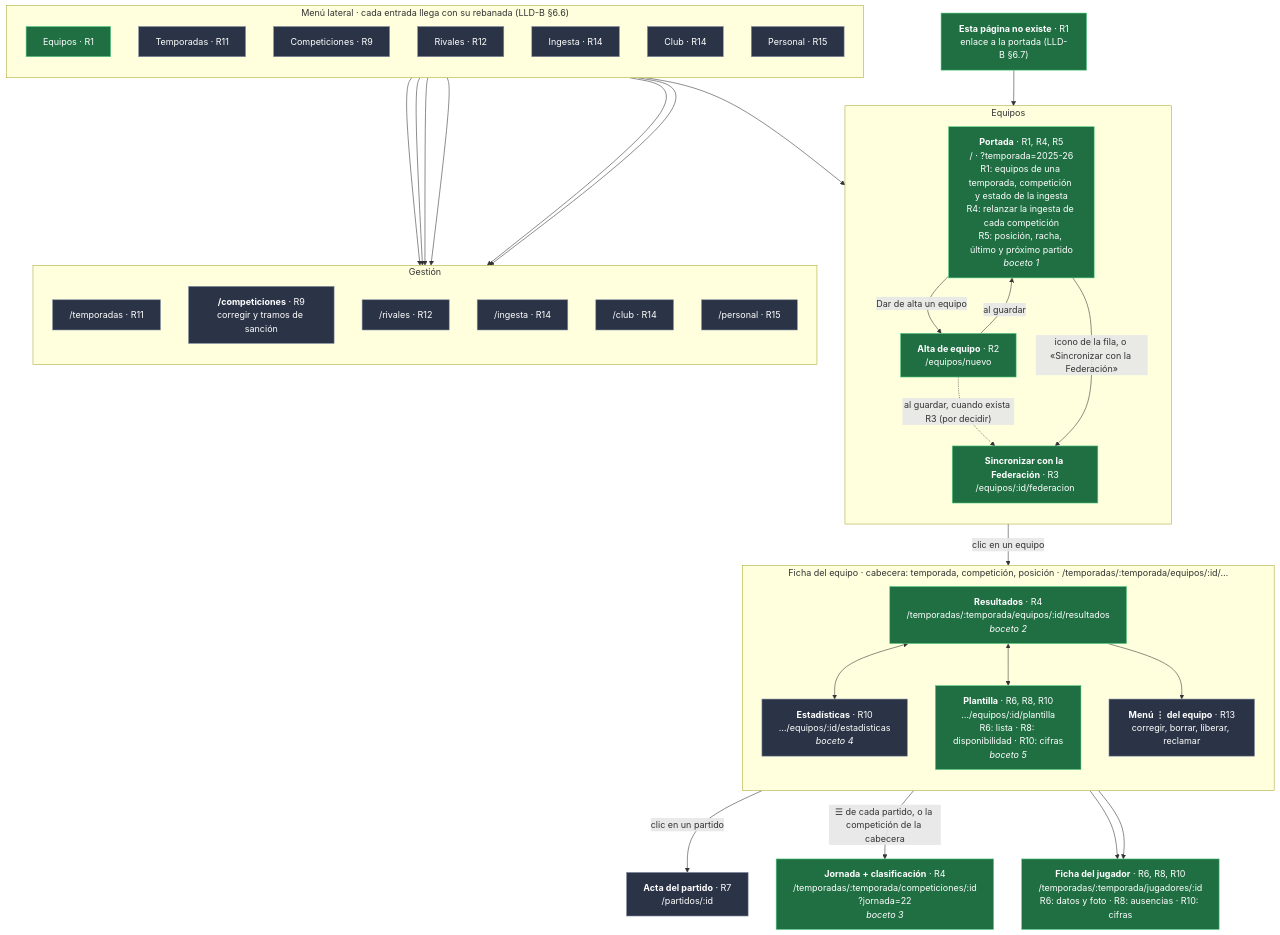
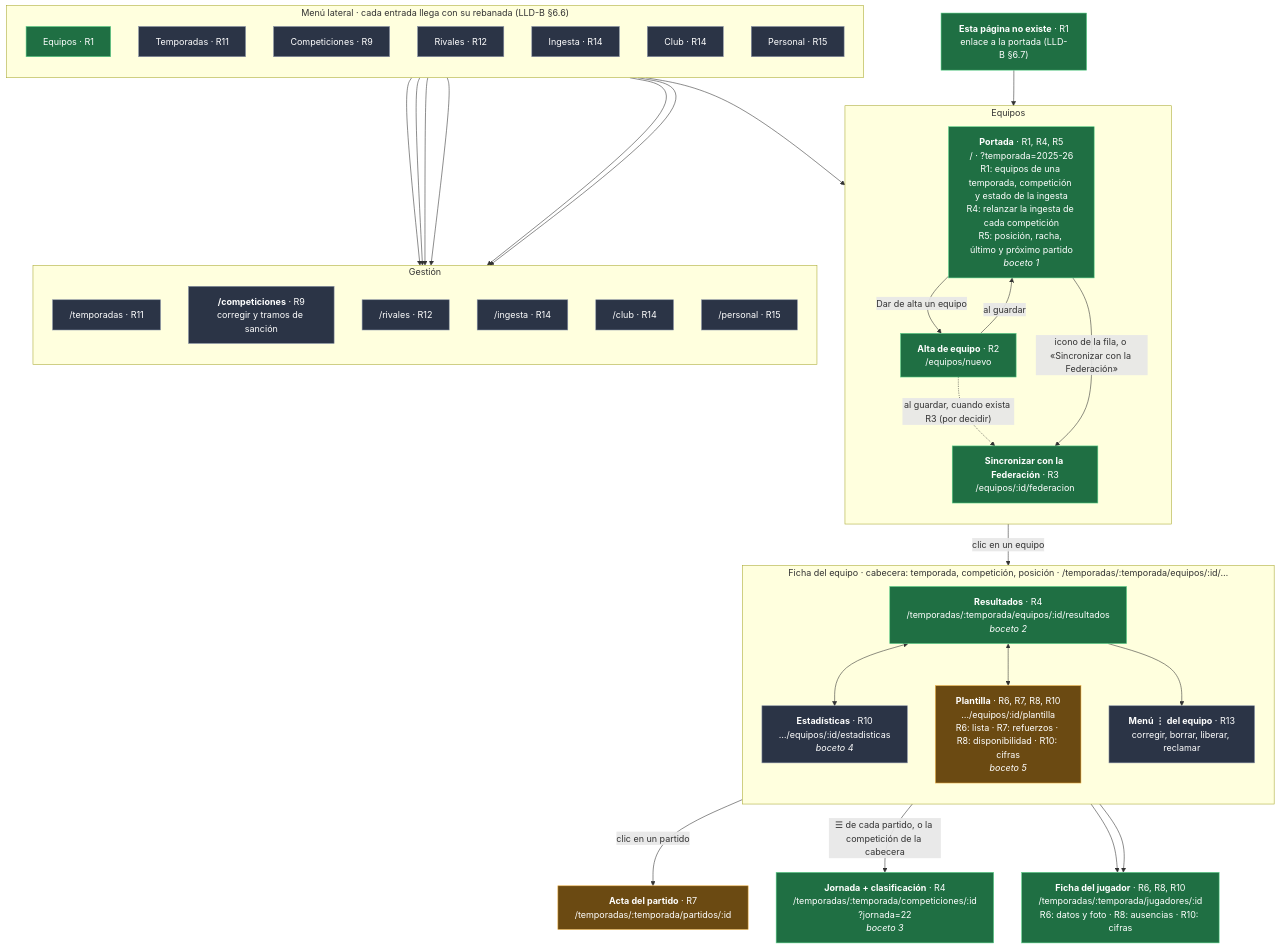
The diagram in docs/Plan de desarrollo backoffice-001.md (tongilcoto/mbs-TFM), drawn with Mermaid before and after one commit. The commit also changed other lines of this file and 4 other files, not shown here.

First line of the commit message:
R7.1–R7.2: las decisiones del acta del partido

````diff
--- a/docs/Plan de desarrollo backoffice-001.md
+++ b/docs/Plan de desarrollo backoffice-001.md
@@ -132,73 +132,74 @@
 ```mermaid
 flowchart TB
     subgraph MENU["Menú lateral · cada entrada llega con su rebanada (LLD-B §6.6)"]
         direction TB
         mEq["Equipos · R1"]
         mTem["Temporadas · R11"]
         mCom["Competiciones · R9"]
         mRiv["Rivales · R12"]
         mIng["Ingesta · R14"]
         mClub["Club · R14"]
         mPer["Personal · R15"]
     end
 
     subgraph EQUIPOS["Equipos"]
         direction TB
         P["<b>Portada</b> · R1, R4, R5<br/>/ · ?temporada=2025-26<br/>R1: equipos de una temporada, competición y estado de la ingesta<br/>R4: relanzar la ingesta de cada competición<br/>R5: posición, racha, último y próximo partido<br/><i>boceto 1</i>"]
         A["<b>Alta de equipo</b> · R2<br/>/equipos/nuevo"]
         F["<b>Sincronizar con la Federación</b> · R3<br/>/equipos/:id/federacion"]
     end
 
     subgraph FICHA["Ficha del equipo · cabecera: temporada, competición, posición · /temporadas/:temporada/equipos/:id/…"]
         direction TB
         R["<b>Resultados</b> · R4<br/>/temporadas/:temporada/equipos/:id/resultados<br/><i>boceto 2</i>"]
         E["<b>Estadísticas</b> · R10<br/>…/equipos/:id/estadisticas<br/><i>boceto 4</i>"]
-        PL["<b>Plantilla</b> · R6, R8, R10<br/>…/equipos/:id/plantilla<br/>R6: lista · R8: disponibilidad · R10: cifras<br/><i>boceto 5</i>"]
+        PL["<b>Plantilla</b> · R6, R7, R8, R10<br/>…/equipos/:id/plantilla<br/>R6: lista · R7: refuerzos · R8: disponibilidad · R10: cifras<br/><i>boceto 5</i>"]
         AX["<b>Menú ⋮ del equipo</b> · R13<br/>corregir, borrar, liberar, reclamar"]
     end
 
     J["<b>Jornada + clasificación</b> · R4<br/>/temporadas/:temporada/competiciones/:id<br/>?jornada=22<br/><i>boceto 3</i>"]
-    ACTA["<b>Acta del partido</b> · R7<br/>/partidos/:id"]
+    ACTA["<b>Acta del partido</b> · R7<br/>/temporadas/:temporada/partidos/:id"]
     JUG["<b>Ficha del jugador</b> · R6, R8, R10<br/>/temporadas/:temporada/jugadores/:id<br/>R6: datos y foto · R8: ausencias · R10: cifras"]
 
     subgraph GESTION["Gestión"]
         direction TB
         GT["/temporadas · R11"]
         GCo["<b>/competiciones</b> · R9<br/>corregir y tramos de sanción"]
         GR["/rivales · R12"]
         GI["/ingesta · R14"]
         GC["/club · R14"]
         GP["/personal · R15"]
     end
 
     NF["<b>Esta página no existe</b> · R1<br/>enlace a la portada (LLD-B §6.7)"]
 
     mEq --> P
     mTem --> GT
     mCom --> GCo
     mRiv --> GR
     mIng --> GI
     mClub --> GC
     mPer --> GP
 
     P -->|"Dar de alta un equipo"| A
     A -->|"al guardar"| P
     A -.->|"al guardar, cuando exista R3 (por decidir)"| F
     P -->|"icono de la fila, o «Sincronizar con la Federación»"| F
     P -->|"clic en un equipo"| R
     R <--> E
     R <--> PL
     R --> AX
     R -->|"clic en un partido"| ACTA
     R -->|"☰ de cada partido, o la competición de la cabecera"| J
     PL --> JUG
     E --> JUG
     NF --> P
 
     classDef hecha fill:#1f6f43,stroke:#5bd38a,color:#fff
     classDef enCurso fill:#6b4a12,stroke:#f0b54a,color:#fff
     classDef pendiente fill:#2b3446,stroke:#8a94a8,color:#fff
     classDef hueco fill:#2b3446,stroke:#f0b54a,color:#fff,stroke-dasharray:5 5
-    class mEq,NF,P,A,F,R,J,PL,JUG hecha
-    class mTem,mCom,mRiv,mIng,mClub,mPer,E,AX,ACTA,GT,GCo,GR,GI,GC,GP pendiente
+    class mEq,NF,P,A,F,R,J,JUG hecha
+    class ACTA,PL enCurso
+    class mTem,mCom,mRiv,mIng,mClub,mPer,E,AX,GT,GCo,GR,GI,GC,GP pendiente
 ```
````
